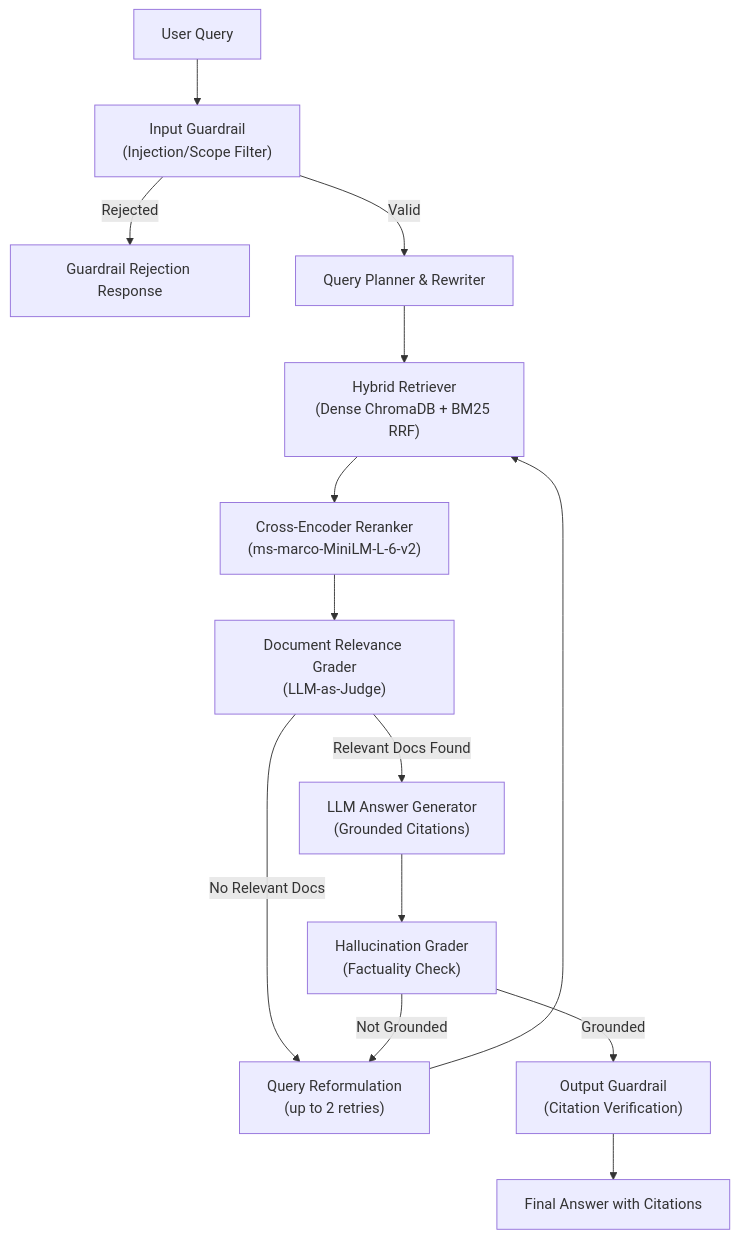
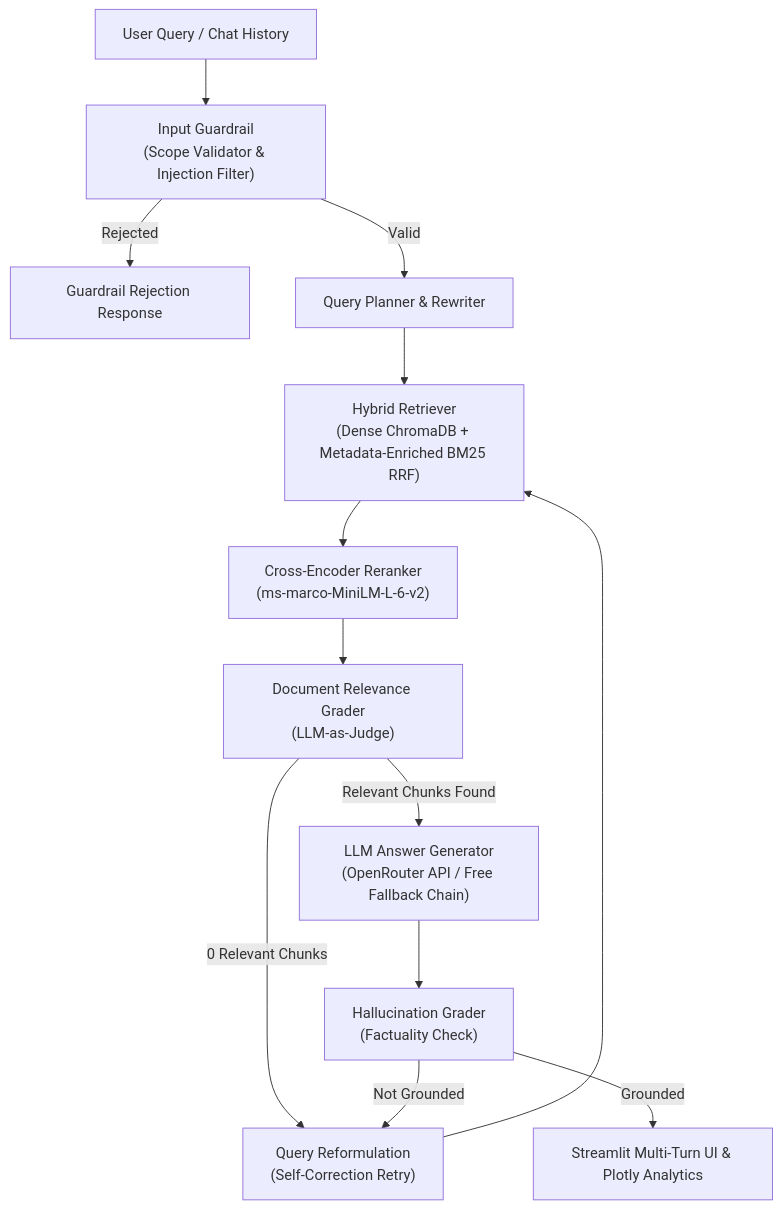
One commit to BeginnerDev001/agentic-rag changed the diagram in README.md. Above: the diagram before and after it, drawn with Mermaid. The commit also changed other lines of this file and 30 other files, not shown here.

Commit message:
feat: complete Agentic Financial RAG with hybrid search, table boosting, multi-turn UI, Plotly charts, 87.5% eval score & Docker setup

````diff
--- a/README.md
+++ b/README.md
@@ -26,16 +31,15 @@
 ```mermaid
 flowchart TD
-    A["User Query"] --> B["Input Guardrail<br/>(Injection/Scope Filter)"]
+    A["User Query / Chat History"] --> B["Input Guardrail<br/>(Scope Validator & Injection Filter)"]
     B -->|Rejected| Z1["Guardrail Rejection Response"]
     B -->|Valid| C["Query Planner & Rewriter"]
-    C --> D["Hybrid Retriever<br/>(Dense ChromaDB + BM25 RRF)"]
+    C --> D["Hybrid Retriever<br/>(Dense ChromaDB + Metadata-Enriched BM25 RRF)"]
     D --> E["Cross-Encoder Reranker<br/>(ms-marco-MiniLM-L-6-v2)"]
     E --> F["Document Relevance Grader<br/>(LLM-as-Judge)"]
-    F -->|No Relevant Docs| G["Query Reformulation<br/>(up to 2 retries)"]
+    F -->|0 Relevant Chunks| G["Query Reformulation<br/>(Self-Correction Retry)"]
     G --> D
-    F -->|Relevant Docs Found| H["LLM Answer Generator<br/>(Grounded Citations)"]
+    F -->|Relevant Chunks Found| H["LLM Answer Generator<br/>(OpenRouter API / Free Fallback Chain)"]
     H --> I["Hallucination Grader<br/>(Factuality Check)"]
     I -->|Not Grounded| G
-    I -->|Grounded| J["Output Guardrail<br/>(Citation Verification)"]
-    J --> K["Final Answer with Citations"]
+    I -->|Grounded| J["Streamlit Multi-Turn UI & Plotly Analytics"]
 ```
````
